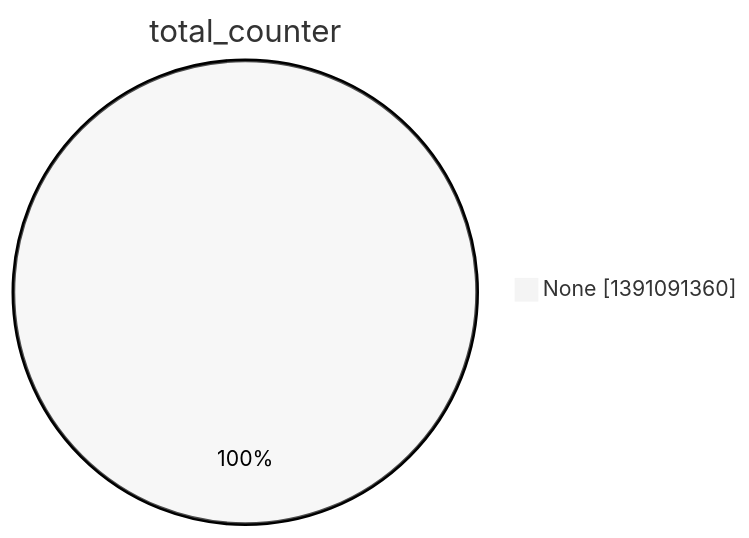
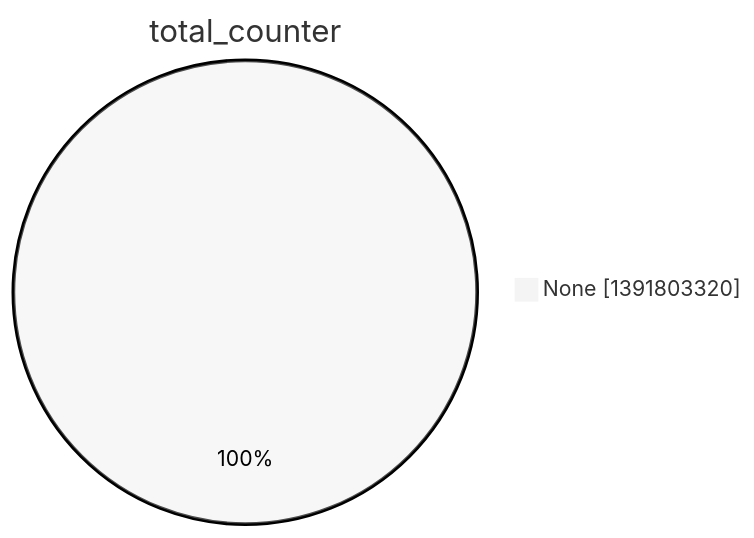
The second of 15 diagrams in argon2022/README.md (christiankrug/ctmonitor_visualization), drawn with Mermaid (neutral theme) before and after one commit. The commit also changed other lines of this file, not shown here.

````diff
--- a/argon2022/README.md
+++ b/argon2022/README.md
@@ -9,5 +9,5 @@
 ```mermaid
 pie showData
 title total_counter
-"None" :1391091360
+"None" :1391803320
 ```
````
